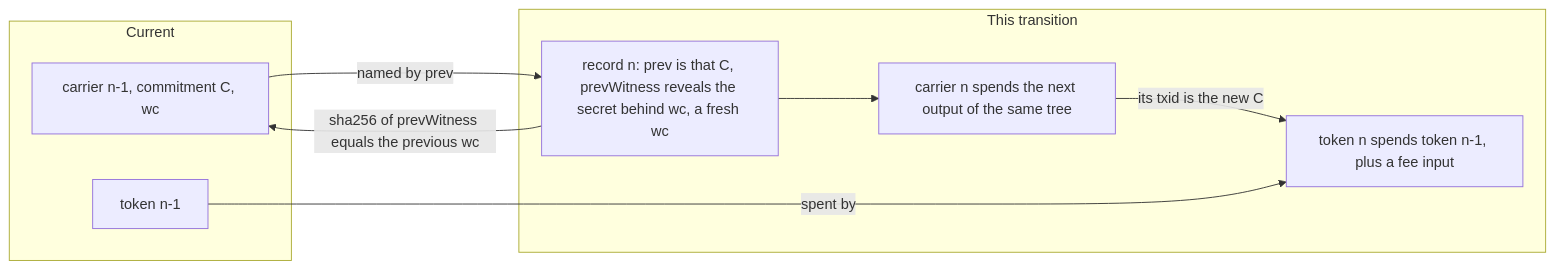
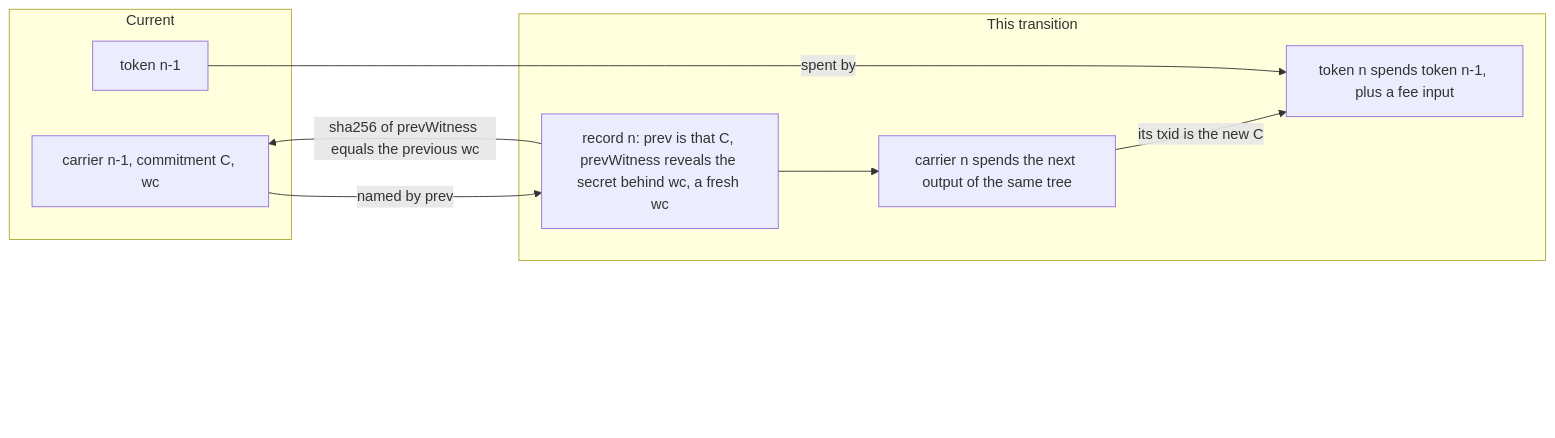
One commit to lightwebinc/bfinger changed the ninth of 19 diagrams in docs/flows.md. Above: the diagram before and after it, drawn with Mermaid. The commit also changed other lines of this file and 9 other files, not shown here.

First line of the commit message:
[Fix] diagrams: a spacer where the viewer's controls land

````diff
--- a/docs/flows.md
+++ b/docs/flows.md
@@ -273,17 +303,22 @@
 ```mermaid
 flowchart LR
   subgraph pre["Current"]
     PC["carrier n-1, commitment C, wc"]
     PT["token n-1"]
   end
   subgraph cur["This transition"]
     NR["record n: prev is that C, prevWitness reveals the secret behind wc, a fresh wc"]
     NC["carrier n spends the next output of the same tree"]
     NT["token n spends token n-1, plus a fee input"]
   end
   PC -->|"named by prev"| NR
   NR --> NC
   NC -->|"its txid is the new C"| NT
   PT -->|"spent by"| NT
   NR -->|"sha256 of prevWitness equals the previous wc"| PC
+  %% The last node is an invisible spacer in the rightmost rank: the rendered
+  %% viewer places its zoom and pan controls over the bottom-right corner.
+  NC ~~~ pad
+  pad["&nbsp;<br/>&nbsp;<br/>&nbsp;<br/>&nbsp;<br/>&nbsp;"]:::pad
+  classDef pad fill:none,stroke:none,color:transparent
 ```
````
